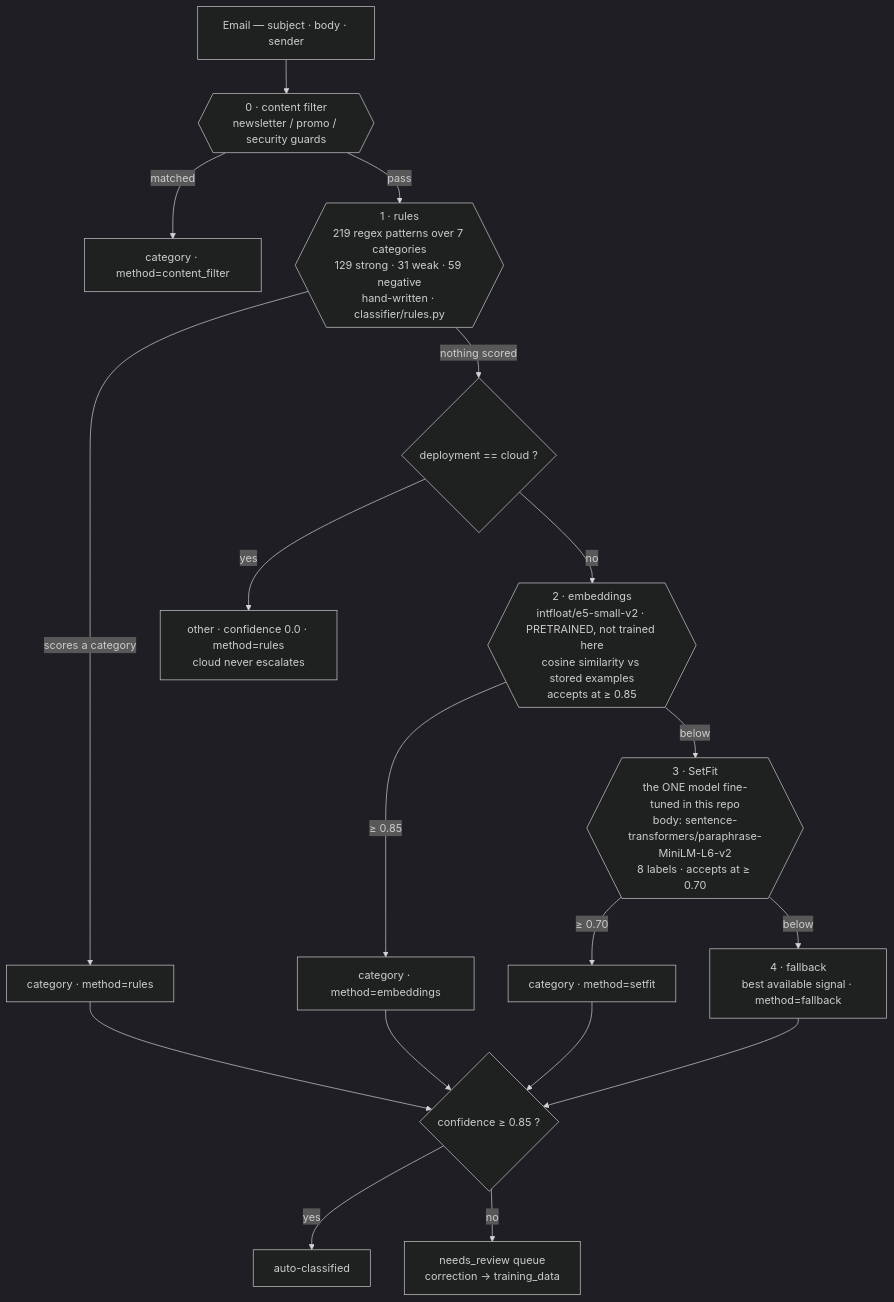
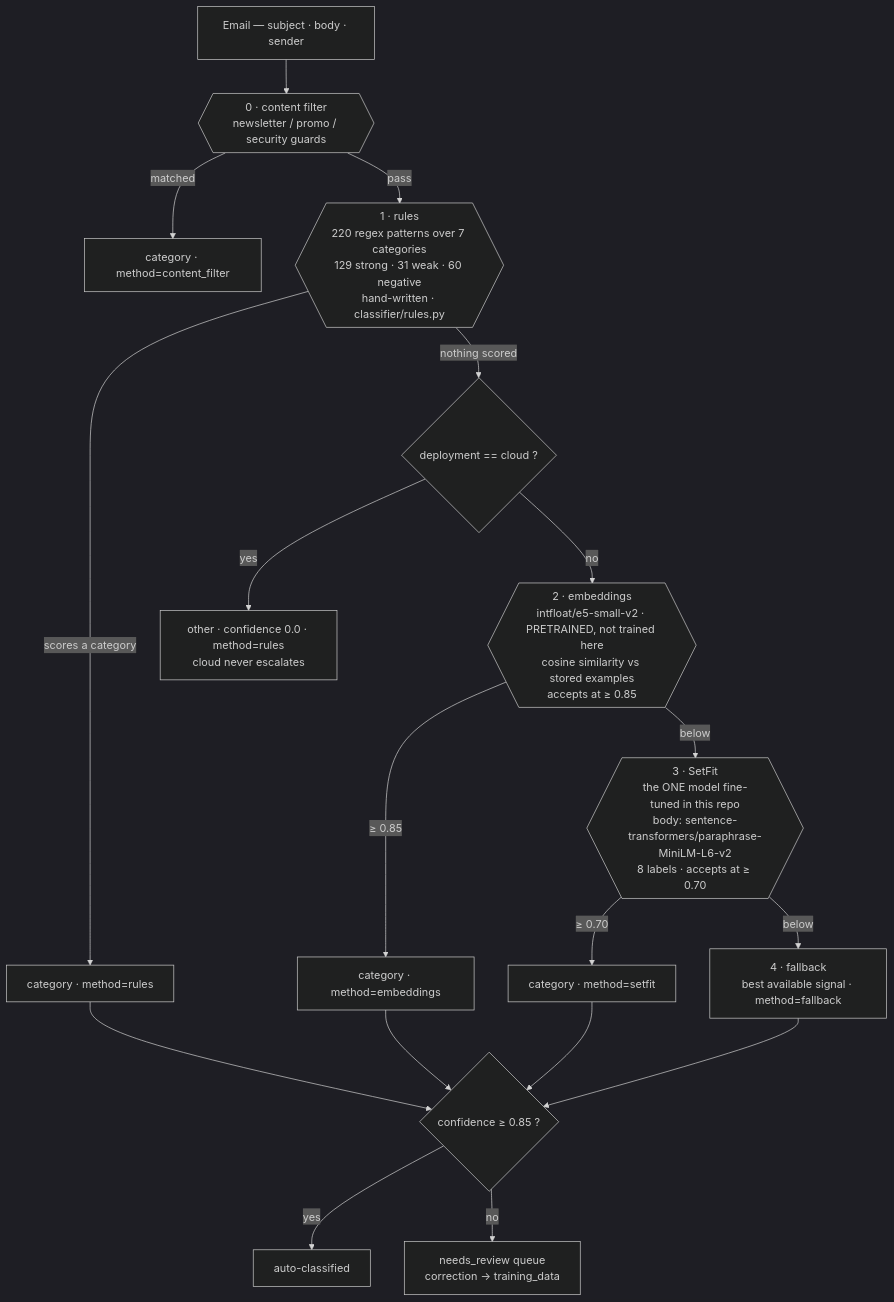
Before and after one commit to BARC1999/applied-ai: the first of 3 diagrams in README.md, drawn with Mermaid (dark theme). The commit also changed other lines of this file and 12 other files, not shown here.

````diff
--- a/README.md
+++ b/README.md
@@ -60,32 +60,32 @@
 ```mermaid
 flowchart TB
     In["Email — subject · body · sender"] --> CF
 
     CF{{"0 · content filter<br/>newsletter / promo / security guards"}}
     CF -->|"matched"| Out1["category · method=content_filter"]
     CF -->|"pass"| R
 
-    R{{"1 · rules<br/>219 regex patterns over 7 categories<br/>129 strong · 31 weak · 59 negative<br/>hand-written · classifier/rules.py"}}
+    R{{"1 · rules<br/>220 regex patterns over 7 categories<br/>129 strong · 31 weak · 60 negative<br/>hand-written · classifier/rules.py"}}
     R -->|"scores a category"| Out2["category · method=rules"]
     R -->|"nothing scored"| CLOUD
 
     CLOUD{"deployment == cloud ?"}
     CLOUD -->|"yes"| Out3["other · confidence 0.0 · method=rules<br/>cloud never escalates"]
     CLOUD -->|"no"| E
 
     E{{"2 · embeddings<br/>intfloat/e5-small-v2 · PRETRAINED, not trained here<br/>cosine similarity vs stored examples<br/>accepts at ≥ 0.85"}}
     E -->|"≥ 0.85"| Out4["category · method=embeddings"]
     E -->|"below"| S
 
     S{{"3 · SetFit<br/>the ONE model fine-tuned in this repo<br/>body: sentence-transformers/paraphrase-MiniLM-L6-v2<br/>8 labels · accepts at ≥ 0.70"}}
     S -->|"≥ 0.70"| Out5["category · method=setfit"]
     S -->|"below"| F["4 · fallback<br/>best available signal · method=fallback"]
 
     Out2 --> G
     Out4 --> G
     Out5 --> G
     F --> G
     G{"confidence ≥ 0.85 ?"}
     G -->|"yes"| Auto["auto-classified"]
     G -->|"no"| Review["needs_review queue<br/>correction → training_data"]
 ```
````
